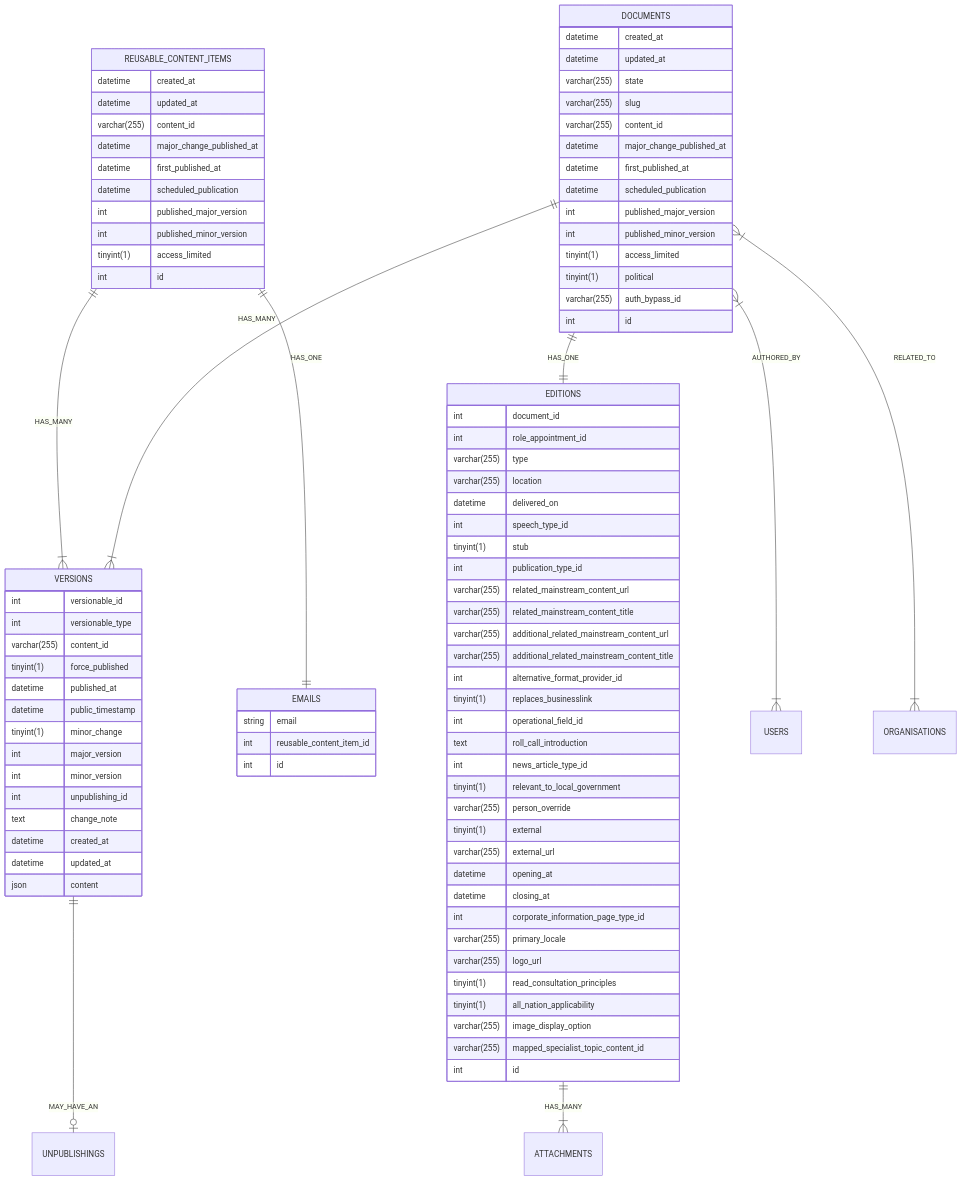
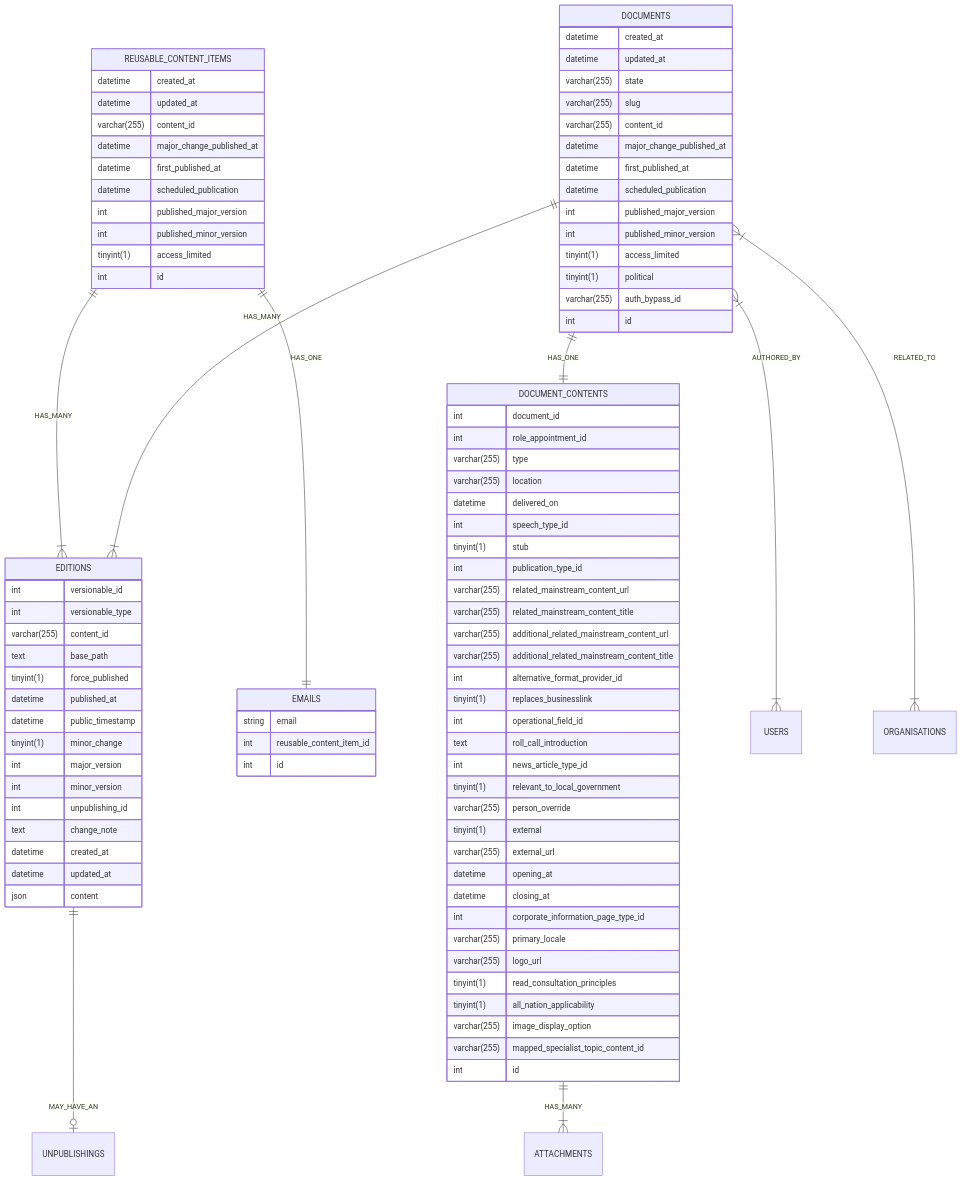
Before and after one commit to alphagov/whitehall: the diagram in docs/adr/0003-introduce-reusable-content-items/editions.mmd, drawn with Mermaid. The commit also changed 1 other file, not shown here.

Commit message:
Rename schema objects in reusable content items ADR
We want to keep Whitehall's definition of an edition as similar as possible to Publishing API's definition, so we're changing the name of the existing edition table to document contents instead, for now.

```diff
--- a/docs/adr/0003-introduce-reusable-content-items/editions.mmd
+++ b/docs/adr/0003-introduce-reusable-content-items/editions.mmd
@@ -1,101 +1,102 @@
 erDiagram
 DOCUMENTS {
    datetime created_at
    datetime updated_at
    varchar(255) state
    %% state only includes draft/reviewed/submitted/published %%
    varchar(255) slug
    varchar(255) content_id
    datetime major_change_published_at
    datetime first_published_at
    datetime scheduled_publication
    int published_major_version
    int published_minor_version
    tinyint(1) access_limited
    tinyint(1) political
    varchar(255) auth_bypass_id
    int id
 }
 %% Editions can be separated later on to separate tables  %%
-EDITIONS {
+DOCUMENT_CONTENTS {
    int document_id
    int role_appointment_id
    varchar(255) type
    varchar(255) location
    datetime delivered_on
    int speech_type_id
    tinyint(1) stub
    int publication_type_id
    varchar(255) related_mainstream_content_url
    varchar(255) related_mainstream_content_title
    varchar(255) additional_related_mainstream_content_url
    varchar(255) additional_related_mainstream_content_title
    int alternative_format_provider_id
    tinyint(1) replaces_businesslink
    int operational_field_id
    text roll_call_introduction
    int news_article_type_id
    tinyint(1) relevant_to_local_government
    varchar(255) person_override
    tinyint(1) external
    varchar(255) external_url
    datetime opening_at
    datetime closing_at
    int corporate_information_page_type_id
    varchar(255) primary_locale
    varchar(255) logo_url
    tinyint(1) read_consultation_principles
    tinyint(1) all_nation_applicability
    varchar(255) image_display_option
    varchar(255) mapped_specialist_topic_content_id
    int id
 }
 %% Refactored concerns allow sharing behaviour with documents %%
 REUSABLE_CONTENT_ITEMS {
    datetime created_at
    datetime updated_at
    varchar(255) content_id
    datetime major_change_published_at
    datetime first_published_at
    datetime scheduled_publication
    int published_major_version
    int published_minor_version
    tinyint(1) access_limited
    int id
 }
 EMAILS {
    string email
    int reusable_content_item_id
    int id
 }
 
-VERSIONS {
+EDITIONS {
    int versionable_id
    int versionable_type
    varchar(255) content_id
+   text base_path
    tinyint(1) force_published
    datetime published_at
    datetime public_timestamp
    tinyint(1) minor_change
    int major_version
    int minor_version
    int unpublishing_id
    text change_note
    datetime created_at
    datetime updated_at
    json content
 }
 
 %% Users can be either related to published item and deleted for each version, or maintained across versions %%
 USERS {}
 ATTACHMENTS {}
 UNPUBLISHINGS {}
 
-DOCUMENTS  ||--|| EDITIONS : HAS_ONE
-DOCUMENTS  ||--|{ VERSIONS : HAS_MANY
+DOCUMENTS  ||--|| DOCUMENT_CONTENTS : HAS_ONE
+DOCUMENTS  ||--|{ EDITIONS : HAS_MANY
 DOCUMENTS  }|--|{ USERS: AUTHORED_BY
 DOCUMENTS  }|--|{ ORGANISATIONS: RELATED_TO
-EDITIONS   ||--|{ ATTACHMENTS: HAS_MANY
-REUSABLE_CONTENT_ITEMS  ||--|{ VERSIONS : HAS_MANY
+DOCUMENT_CONTENTS   ||--|{ ATTACHMENTS: HAS_MANY
+REUSABLE_CONTENT_ITEMS  ||--|{ EDITIONS : HAS_MANY
 REUSABLE_CONTENT_ITEMS ||--|| EMAILS : HAS_ONE
-VERSIONS ||--o| UNPUBLISHINGS : MAY_HAVE_AN
+EDITIONS ||--o| UNPUBLISHINGS : MAY_HAVE_AN
```
